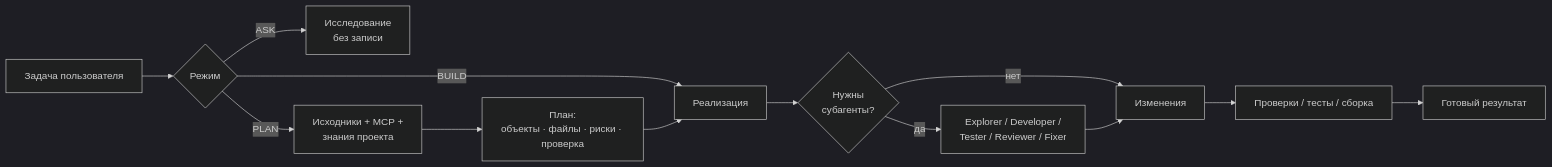
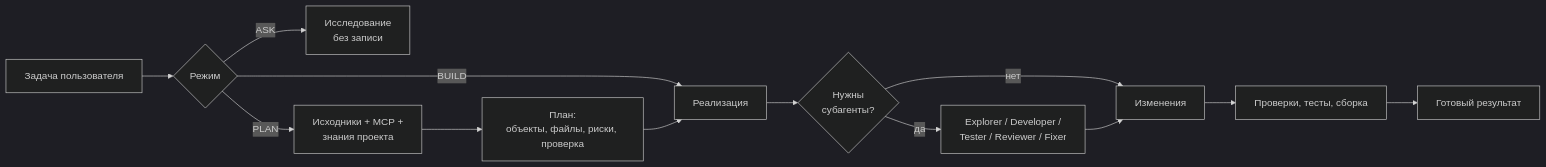
One commit to z03ps00/pi-1c-agent changed the first of 2 diagrams in README.md. Above: the diagram before and after it, drawn with Mermaid (dark theme). The commit also changed other lines of this file, not shown here.

Commit message:
Починить схемы Mermaid в README.
flowchart и br с закрывающим слэшем ломали разбор у части просмотрщиков.

````diff
--- a/README.md
+++ b/README.md
@@ -147,19 +147,15 @@
-~~~mermaid
-flowchart LR
+```mermaid
+graph LR
     U["Задача пользователя"] --> A{"Режим"}
-
-    A -->|ASK| Q["Исследование<br/>без записи"]
-    A -->|PLAN| P["Исходники + MCP +<br/>знания проекта"]
+    A -->|ASK| Q["Исследование<br>без записи"]
+    A -->|PLAN| P["Исходники + MCP +<br>знания проекта"]
     A -->|BUILD| B["Реализация"]
-
-    P --> T["План:<br/>объекты · файлы · риски · проверка"]
+    P --> T["План:<br>объекты, файлы, риски, проверка"]
     T --> B
-
-    B --> S{"Нужны<br/>субагенты?"}
-    S -->|да| R["Explorer / Developer /<br/>Tester / Reviewer / Fixer"]
+    B --> S{"Нужны<br>субагенты?"}
+    S -->|да| R["Explorer / Developer /<br>Tester / Reviewer / Fixer"]
     S -->|нет| C["Изменения"]
-
     R --> C
-    C --> V["Проверки / тесты / сборка"]
+    C --> V["Проверки, тесты, сборка"]
     V --> D["Готовый результат"]
-~~~
+```
````
